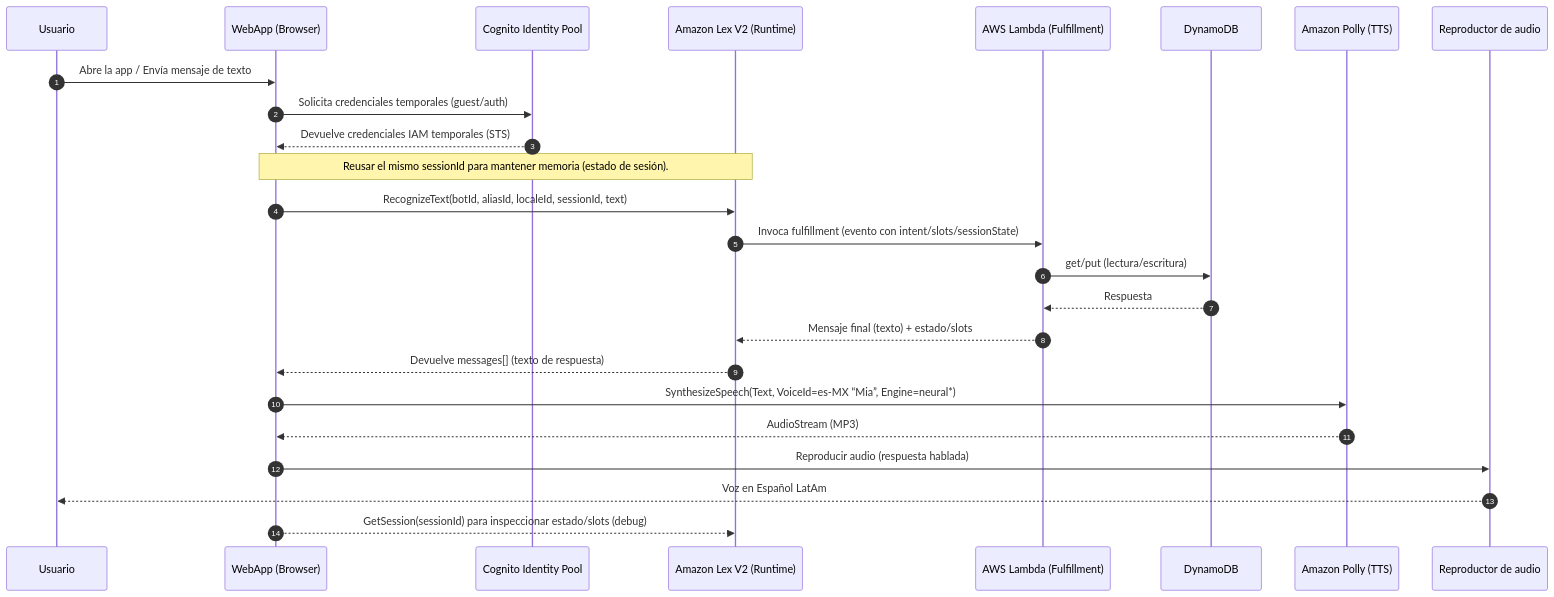
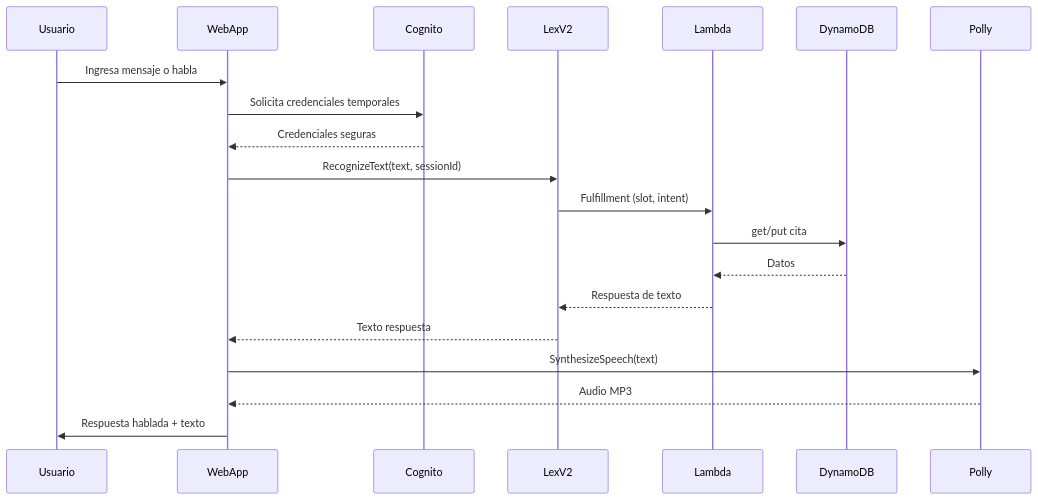
The diagram in architecture.mmd (ai-product-manager/Taller3-AWS), drawn with Mermaid before and after one commit. The commit also changed 8 other files, not shown here.

```diff
--- a/architecture.mmd
+++ b/architecture.mmd
@@ -1,33 +1,13 @@
 sequenceDiagram
-    autonumber
-    participant Usuario
-    participant WebApp as WebApp (Browser)
-    participant Cognito as Cognito Identity Pool
-    participant LexV2 as Amazon Lex V2 (Runtime)
-    participant Lambda as AWS Lambda (Fulfillment)
-    participant DynamoDB
-    participant Polly as Amazon Polly (TTS)
-    participant Audio as Reproductor de audio
-
-    %% Inicio: WebApp obtiene credenciales seguras
-    Usuario->>WebApp: Abre la app / Envía mensaje de texto
-    WebApp->>Cognito: Solicita credenciales temporales (guest/auth)
-    Cognito-->>WebApp: Devuelve credenciales IAM temporales (STS)
-
-    %% Conversación (texto)
-    Note over WebApp,LexV2: Reusar el mismo sessionId para mantener memoria (estado de sesión).
-    WebApp->>LexV2: RecognizeText(botId, aliasId, localeId, sessionId, text)
-    LexV2->>Lambda: Invoca fulfillment (evento con intent/slots/sessionState)
-    Lambda->>DynamoDB: get/put (lectura/escritura)
-    DynamoDB-->>Lambda: Respuesta
-    Lambda-->>LexV2: Mensaje final (texto) + estado/slots
-
-    %% Síntesis de voz
-    LexV2-->>WebApp: Devuelve messages[] (texto de respuesta)
-    WebApp->>Polly: SynthesizeSpeech(Text, VoiceId=es-MX “Mia”, Engine=neural*)
-    Polly-->>WebApp: AudioStream (MP3)
-    WebApp->>Audio: Reproducir audio (respuesta hablada)
-    Audio-->>Usuario: Voz en Español LatAm
-
-    %% (Opcional) depuración/estado
-    WebApp-->>LexV2: GetSession(sessionId) para inspeccionar estado/slots (debug) 
+    Usuario->>WebApp: Ingresa mensaje o habla
+    WebApp->>Cognito: Solicita credenciales temporales
+    Cognito-->>WebApp: Credenciales seguras
+    WebApp->>LexV2: RecognizeText(text, sessionId)
+    LexV2->>Lambda: Fulfillment (slot, intent)
+    Lambda->>DynamoDB: get/put cita
+    DynamoDB-->>Lambda: Datos
+    Lambda-->>LexV2: Respuesta de texto
+    LexV2-->>WebApp: Texto respuesta
+    WebApp->>Polly: SynthesizeSpeech(text)
+    Polly-->>WebApp: Audio MP3
+    WebApp->>Usuario: Respuesta hablada + texto
```
